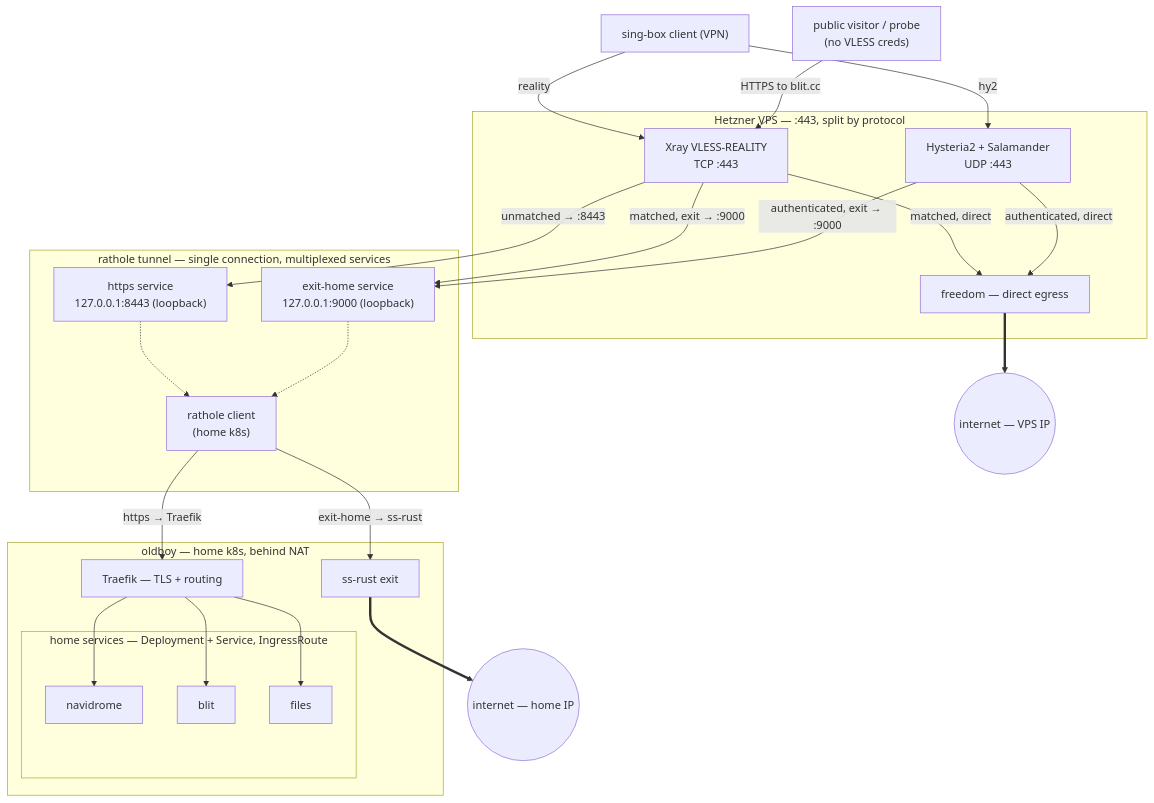
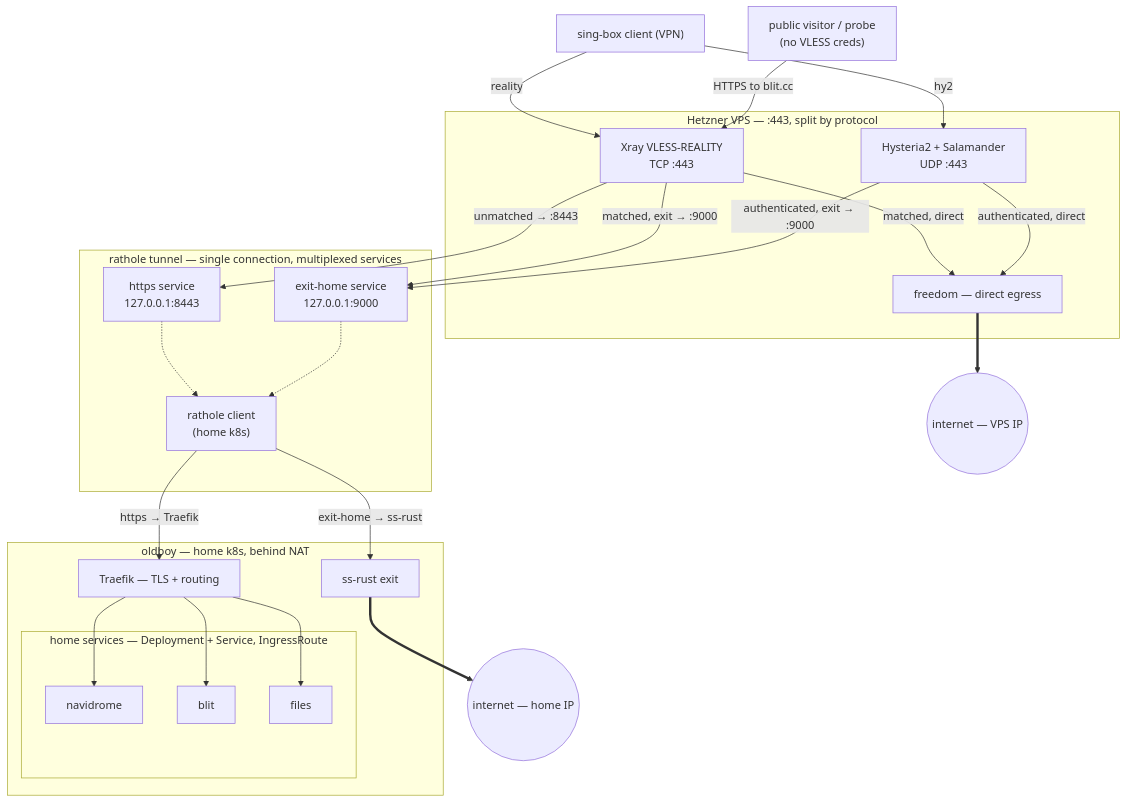
The first of 6 diagrams in docs/architecture.md (radiosilence/jaritanet), drawn with Mermaid before and after one commit. The commit also changed other lines of this file, not shown here.

First line of the commit message:
docs(architecture): consistent port convention — :<port> public, 127.0.0.1:<port> internal (#93)

````diff
--- a/docs/architecture.md
+++ b/docs/architecture.md
@@ -21,51 +21,51 @@
 ```mermaid
 flowchart TD
   CLIENT["sing-box client (VPN)"]
   VISITOR["public visitor / probe<br/>(no VLESS creds)"]
 
   subgraph vps["Hetzner VPS — :443, split by protocol"]
     XR["Xray VLESS-REALITY<br/>TCP :443"]
     HY["Hysteria2 + Salamander<br/>UDP :443"]
     FREE["freedom — direct egress"]
   end
 
   subgraph rh["rathole tunnel — single connection, multiplexed services"]
-    HTTPS_P["https service<br/>127.0.0.1:8443 (loopback)"]
-    EXIT_P["exit-home service<br/>127.0.0.1:9000 (loopback)"]
+    HTTPS_P["https service<br/>127.0.0.1:8443"]
+    EXIT_P["exit-home service<br/>127.0.0.1:9000"]
     RC["rathole client<br/>(home k8s)"]
     HTTPS_P -.-> RC
     EXIT_P -.-> RC
   end
 
   subgraph home["oldboy — home k8s, behind NAT"]
     TR["Traefik — TLS + routing"]
     subgraph apps["home services — Deployment + Service, IngressRoute"]
       ND["navidrome"]
       BL["blit"]
       FS["files"]
     end
     SS["ss-rust exit"]
     TR --> ND
     TR --> BL
     TR --> FS
   end
 
   VPSIP(("internet — VPS IP"))
   HOMEIP(("internet — home IP"))
 
   CLIENT -->|reality| XR
   CLIENT -->|hy2| HY
   VISITOR -->|"HTTPS to blit.cc"| XR
 
   XR -->|"unmatched → :8443"| HTTPS_P
   XR -->|"matched, direct"| FREE
   XR -->|"matched, exit → :9000"| EXIT_P
   HY -->|"authenticated, direct"| FREE
   HY -->|"authenticated, exit → :9000"| EXIT_P
 
   RC -->|"https → Traefik"| TR
   RC -->|"exit-home → ss-rust"| SS
 
   FREE ==> VPSIP
   SS ==> HOMEIP
 ```
````
